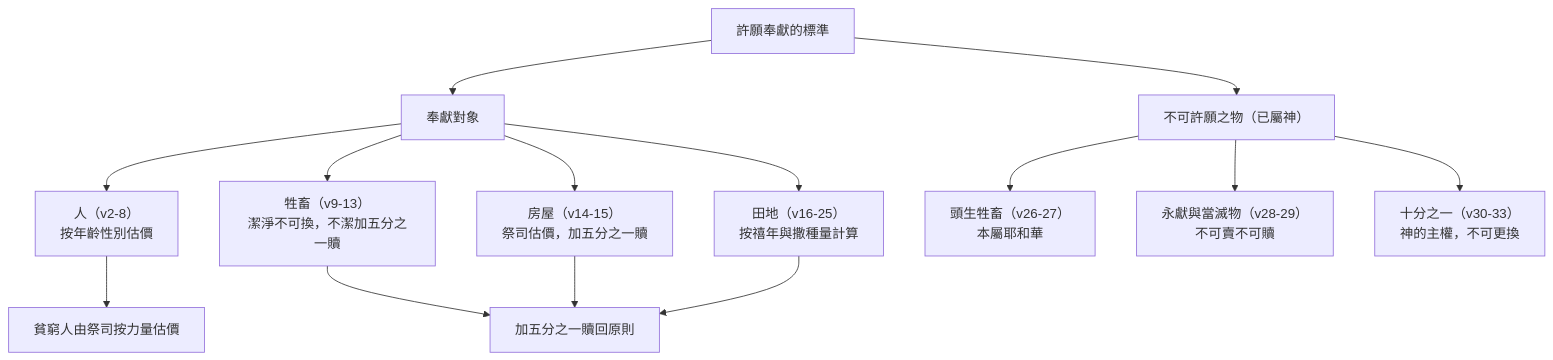
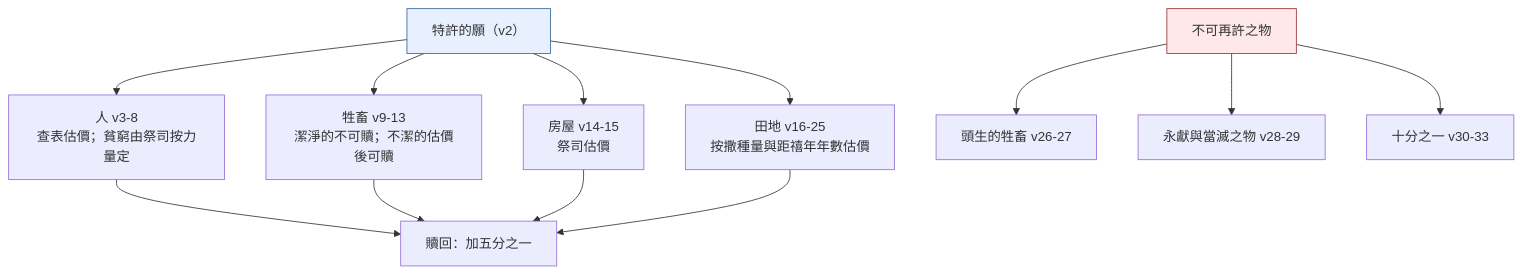
Before and after one commit to andyjr5566/Bible_wiki_zh: the diagram in 03 利未記/第27章.md, drawn with Mermaid. The commit also changed other lines of this file and 39 other files, not shown here.

````diff
--- a/03 利未記/第27章.md
+++ b/03 利未記/第27章.md
@@ -93,19 +121,16 @@
 ```mermaid
 flowchart TD
-    A["許願奉獻的標準"] --> B["奉獻對象"]
-    A --> C["不可許願之物（已屬神）"]
-    
-    B --> B1["人（v2-8）<br/>按年齡性別估價"]
-    B --> B2["牲畜（v9-13）<br/>潔淨不可換，不潔加五分之一贖"]
-    B --> B3["房屋（v14-15）<br/>祭司估價，加五分之一贖"]
-    B --> B4["田地（v16-25）<br/>按禧年與撒種量計算"]
-    
-    C --> C1["頭生牲畜（v26-27）<br/>本屬耶和華"]
-    C --> C2["永獻與當滅物（v28-29）<br/>不可賣不可贖"]
-    C --> C3["十分之一（v30-33）<br/>神的主權，不可更換"]
-    
-    B1 --> D["貧窮人由祭司按力量估價"]
-    B2 --> E["加五分之一贖回原則"]
-    B3 --> E
-    B4 --> E
+    A["特許的願（v2）"] --> B["人 v3-8<br/>查表估價；貧窮由祭司按力量定"]
+    A --> C["牲畜 v9-13<br/>潔淨的不可贖；不潔的估價後可贖"]
+    A --> D["房屋 v14-15<br/>祭司估價"]
+    A --> E["田地 v16-25<br/>按撒種量與距禧年年數估價"]
+    B --> F["贖回：加五分之一"]
+    C --> F
+    D --> F
+    E --> F
+    G["不可再許之物"] --> G1["頭生的牲畜 v26-27"]
+    G --> G2["永獻與當滅之物 v28-29"]
+    G --> G3["十分之一 v30-33"]
+    style A fill:#e8f0ff,stroke:#369
+    style G fill:#ffe8e8,stroke:#933
 ```
````
